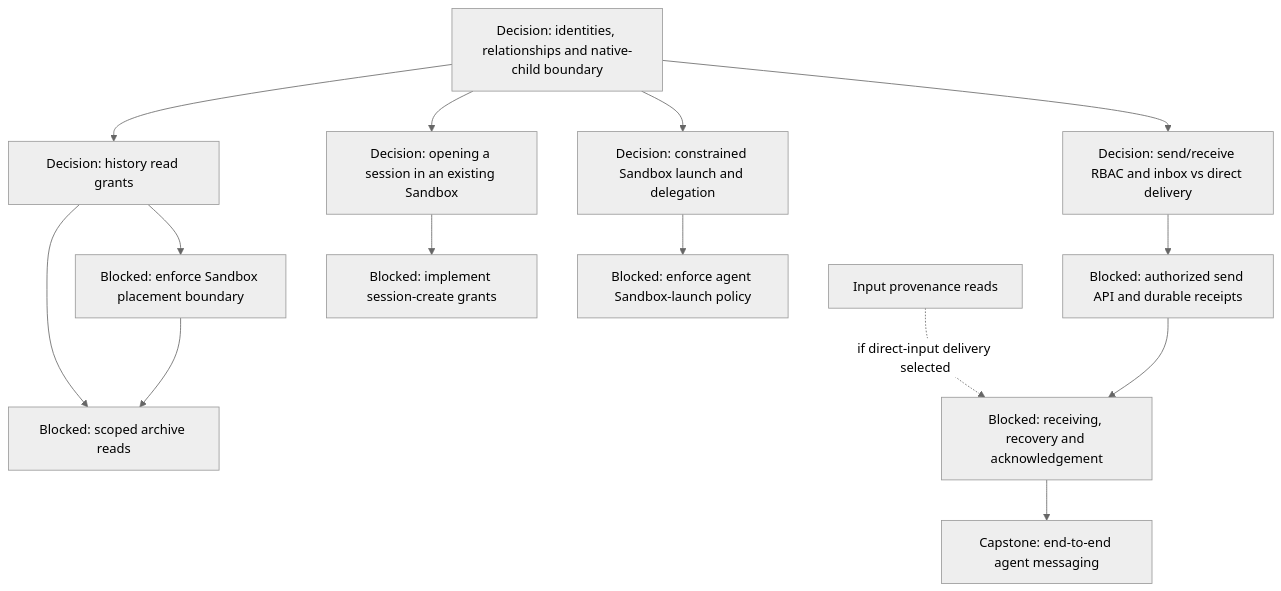
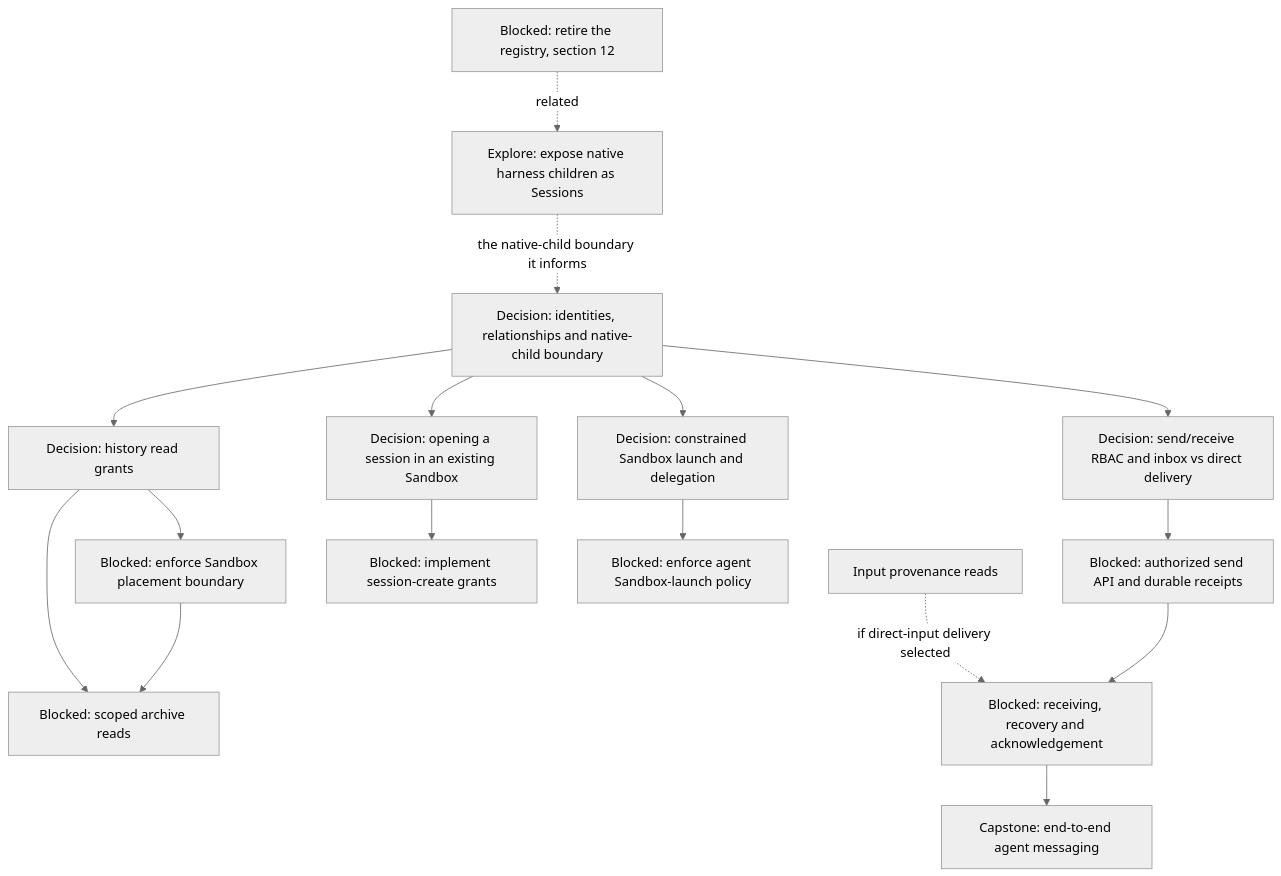
The fifth of 15 diagrams in agentplane/plans/task_dag.md (agentydragon-agent/ducktape), drawn with Mermaid (neutral theme) before and after one commit. The commit also changed other lines of this file, not shown here.

First line of the commit message:
docs(agentplane): add VM sizing, image-layering and Session-discovery DAG nodes (#10625)

````diff
--- a/agentplane/plans/task_dag.md
+++ b/agentplane/plans/task_dag.md
@@ -213,28 +213,31 @@
 ```mermaid
 flowchart TD
     MULTIAGENT_MODEL[Decision: identities, relationships and native-child boundary]
     THREAD_READ_POLICY_DESIGN[Decision: history read grants]
     SANDBOX_COMPARTMENT_BOUNDARY[Blocked: enforce Sandbox placement boundary]
     THREAD_READ_POLICY[Blocked: scoped archive reads]
     AGENT_MESSAGING_DESIGN[Decision: send/receive RBAC and inbox vs direct delivery]
     AGENT_MESSAGE_INGRESS[Blocked: authorized send API and durable receipts]
     AGENT_MESSAGE_RECEPTION[Blocked: receiving, recovery and acknowledgement]
     AGENT_MESSAGING[Capstone: end-to-end agent messaging]
     THREAD_CREATE_POLICY[Decision: opening a session in an existing Sandbox]
     THREAD_CREATE_AUTHORIZATION[Blocked: implement session-create grants]
     AGENT_LAUNCH_POLICY_DESIGN[Decision: constrained Sandbox launch and delegation]
     AGENT_SANDBOX_LAUNCH[Blocked: enforce agent Sandbox-launch policy]
     MULTIAGENT_MODEL --> THREAD_READ_POLICY_DESIGN
     MULTIAGENT_MODEL --> AGENT_MESSAGING_DESIGN
     MULTIAGENT_MODEL --> THREAD_CREATE_POLICY
     MULTIAGENT_MODEL --> AGENT_LAUNCH_POLICY_DESIGN
     THREAD_READ_POLICY_DESIGN --> SANDBOX_COMPARTMENT_BOUNDARY
     THREAD_READ_POLICY_DESIGN --> THREAD_READ_POLICY
     SANDBOX_COMPARTMENT_BOUNDARY --> THREAD_READ_POLICY
     AGENT_MESSAGING_DESIGN --> AGENT_MESSAGE_INGRESS
     SESSION_INPUT_METADATA_READ[Input provenance reads] -. if direct-input delivery selected .-> AGENT_MESSAGE_RECEPTION
     AGENT_MESSAGE_INGRESS --> AGENT_MESSAGE_RECEPTION
     AGENT_MESSAGE_RECEPTION --> AGENT_MESSAGING
     THREAD_CREATE_POLICY --> THREAD_CREATE_AUTHORIZATION
     AGENT_LAUNCH_POLICY_DESIGN --> AGENT_SANDBOX_LAUNCH
+    NATIVE_SUBAGENT_EXPOSURE[Explore: expose native harness children as Sessions]
+    NATIVE_SUBAGENT_EXPOSURE -. the native-child boundary it informs .-> MULTIAGENT_MODEL
+    GATEWAY_SESSION_REGISTRY_RETIRE[Blocked: retire the registry, section 12] -. related .-> NATIVE_SUBAGENT_EXPOSURE
 ```
````
